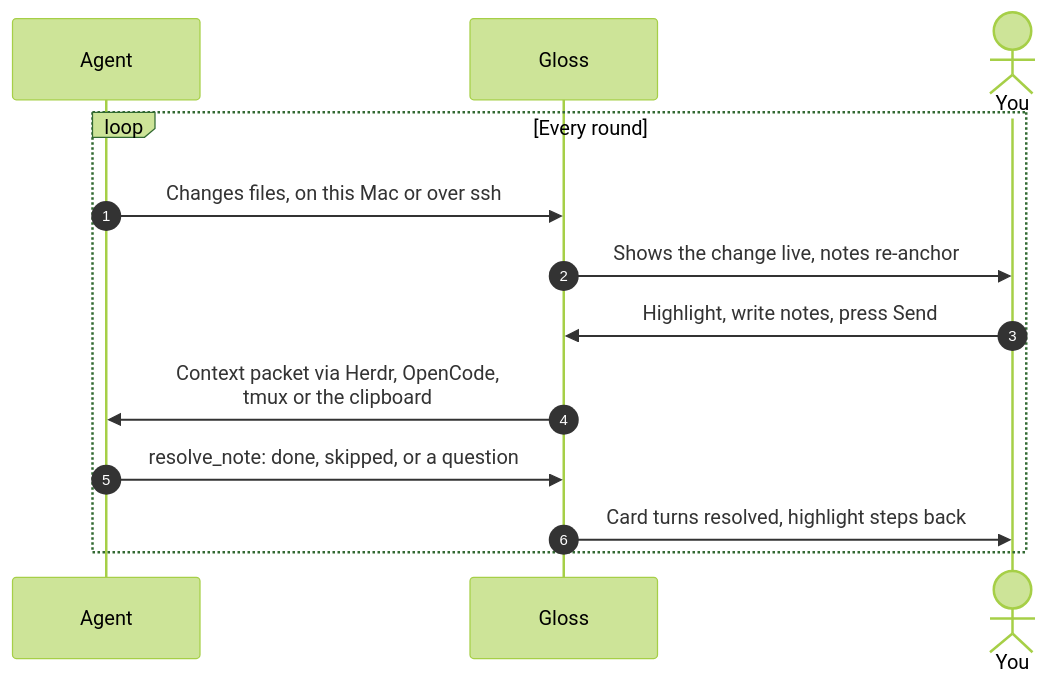
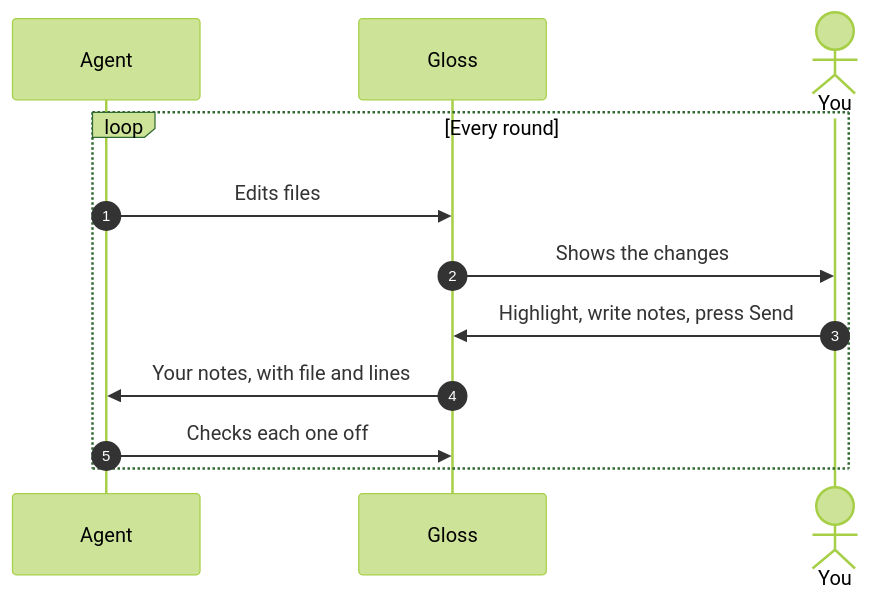
One commit to colinc86/gloss changed the diagram in README.md. Above: the diagram before and after it, drawn with Mermaid (forest theme). The commit also changed other lines of this file and 2 other files, not shown here.

````diff
--- a/README.md
+++ b/README.md
@@ -59,15 +39,14 @@
 ```mermaid
 sequenceDiagram
     autonumber
     participant Agent
     participant Gloss
     actor You
     loop Every round
-        Agent->>Gloss: Changes files, on this Mac or over ssh
-        Gloss->>You: Shows the change live, notes re-anchor
+        Agent->>Gloss: Edits files
+        Gloss->>You: Shows the changes
         You->>Gloss: Highlight, write notes, press Send
-        Gloss->>Agent: Context packet via Herdr, OpenCode,<br>tmux or the clipboard
-        Agent->>Gloss: resolve_note: done, skipped, or a question
-        Gloss->>You: Card turns resolved, highlight steps back
+        Gloss->>Agent: Your notes, with file and lines
+        Agent->>Gloss: Checks each one off
     end
 ```
````
